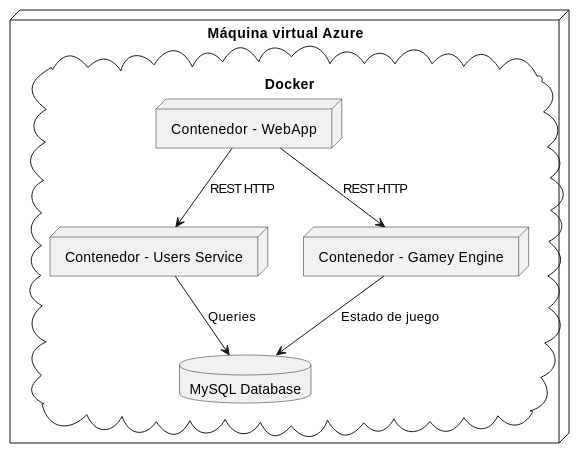
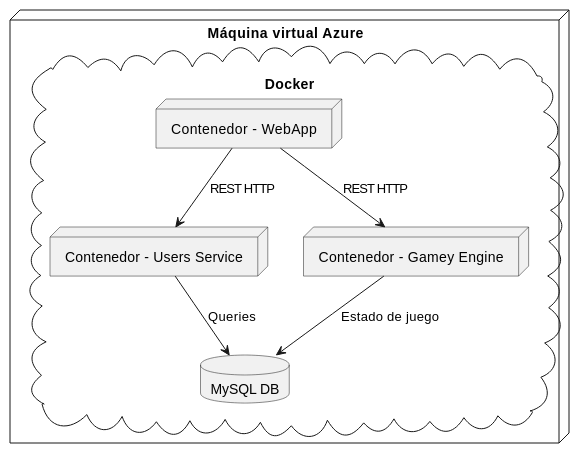
The first of 2 diagrams in docs/src/07_deployment_view.adoc (Arquisoft/yovi_es4c), drawn with PlantUML before and after one commit. The commit also changed other lines of this file and 2 other files, not shown here.

```diff
--- a/docs/src/07_deployment_view.adoc
+++ b/docs/src/07_deployment_view.adoc
@@ -65,17 +65,17 @@
 [plantuml, deployment-overview, png]
 ----
 @startuml
 node "Máquina virtual Azure" {
     cloud "Docker" {
         node "Contenedor - WebApp" as WebApp
         node "Contenedor - Users Service" as UsersService
         node "Contenedor - Gamey Engine" as Gamey
-        database "MySQL Database" as DB
+        database "MySQL DB" as DB
     }
 }
 WebApp --> UsersService: REST HTTP
 WebApp --> Gamey: REST HTTP
 UsersService --> DB: Queries
 Gamey --> DB: Estado de juego
 @enduml
 ----
```
